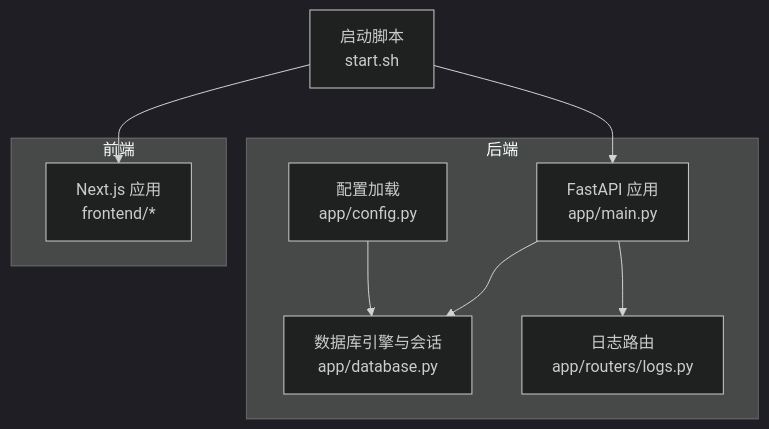
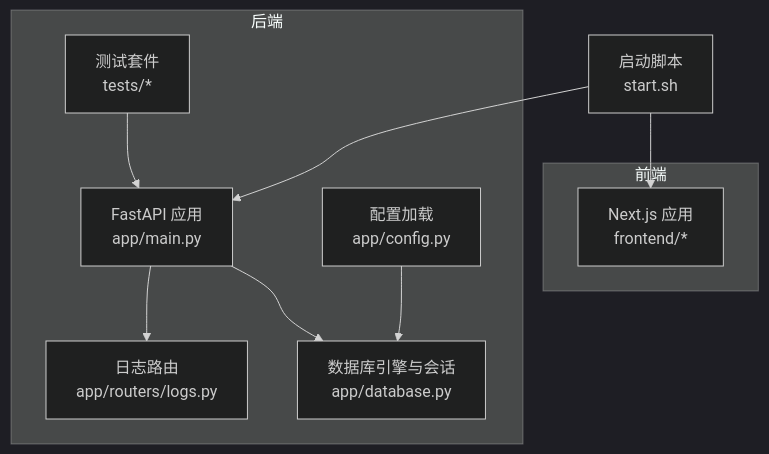
Before and after one commit to gujialind/InvestRing: the first of 9 diagrams in .qoder/repowiki/zh/content/故障排除与维护/故障排除与维护.md, drawn with Mermaid (dark theme). The commit also changed other lines of this file and 15 other files, not shown here.

````diff
--- a/.qoder/repowiki/zh/content/故障排除与维护/故障排除与维护.md
+++ b/.qoder/repowiki/zh/content/故障排除与维护/故障排除与维护.md
@@ -36,18 +52,20 @@
 ```mermaid
 graph TB
 subgraph "后端"
 M["FastAPI 应用<br/>app/main.py"]
 C["配置加载<br/>app/config.py"]
 D["数据库引擎与会话<br/>app/database.py"]
 R["日志路由<br/>app/routers/logs.py"]
+T["测试套件<br/>tests/*"]
 end
 subgraph "前端"
 N["Next.js 应用<br/>frontend/*"]
 end
 S["启动脚本<br/>start.sh"]
 S --> M
 S --> N
 M --> D
 M --> R
 C --> D
+T --> M
 ```
````
